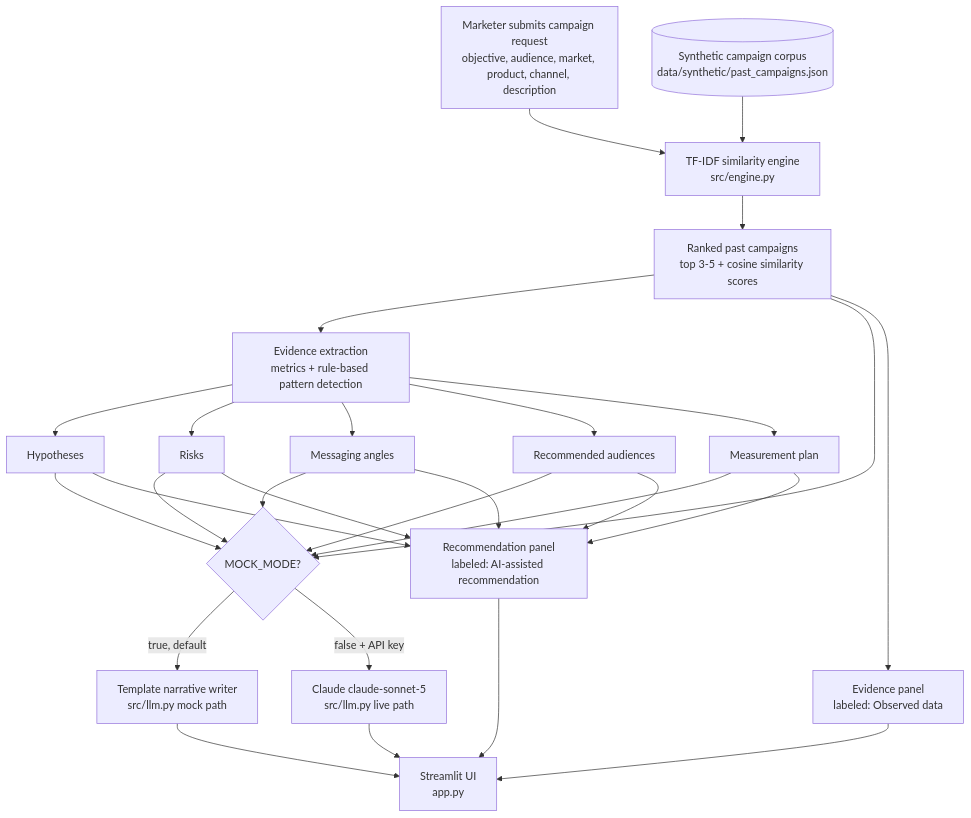
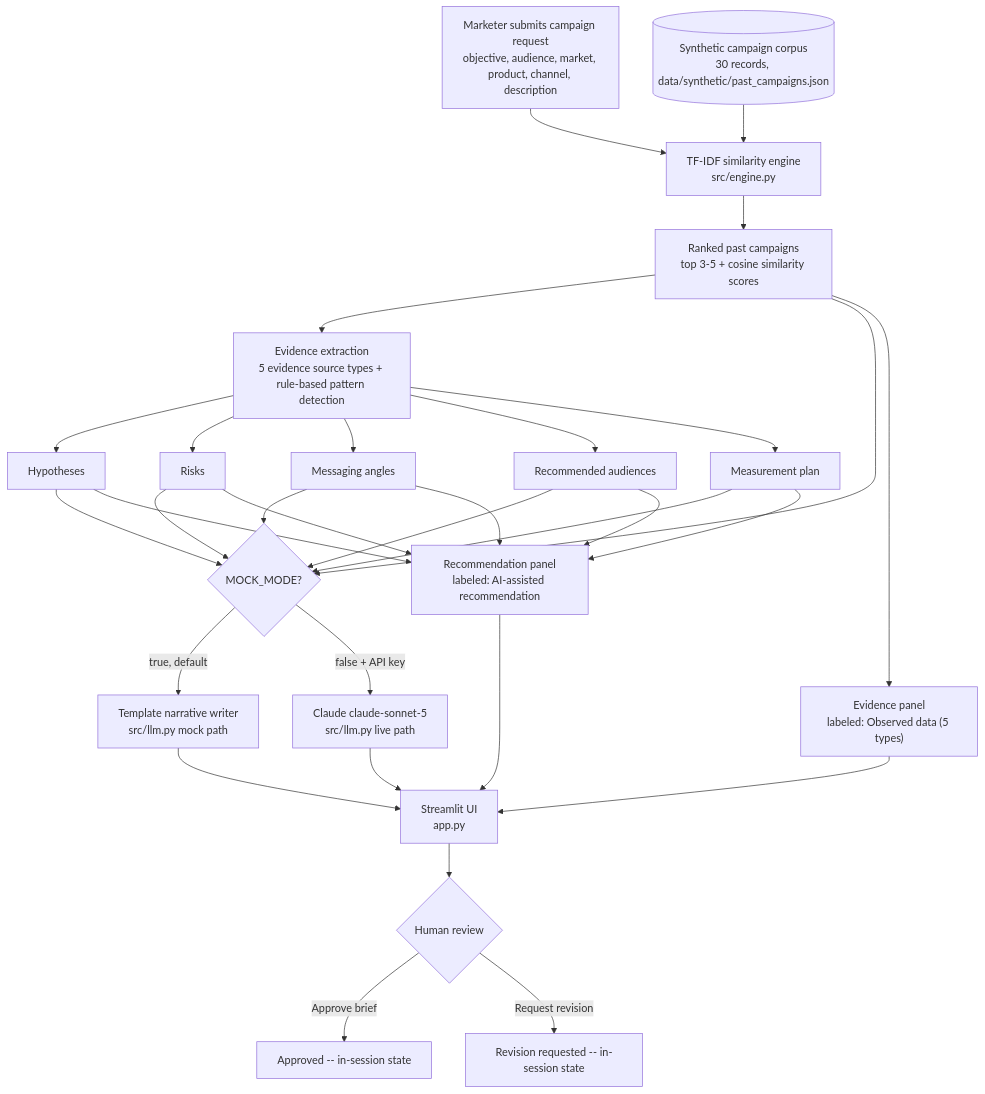
One commit to theashleygross/campaign-intelligence-agent changed the diagram in README.md. Above: the diagram before and after it, drawn with Mermaid. The commit also changed other lines of this file and 12 other files, not shown here.

````diff
--- a/README.md
+++ b/README.md
@@ -38,30 +57,33 @@
 ```mermaid
 flowchart TD
     A[Marketer submits campaign request\nobjective, audience, market, product, channel, description] --> B[TF-IDF similarity engine\nsrc/engine.py]
-    C[(Synthetic campaign corpus\ndata/synthetic/past_campaigns.json)] --> B
+    C[(Synthetic campaign corpus\n30 records, data/synthetic/past_campaigns.json)] --> B
     B --> D[Ranked past campaigns\ntop 3-5 + cosine similarity scores]
-    D --> E[Evidence extraction\nmetrics + rule-based pattern detection]
+    D --> E[Evidence extraction\n5 evidence source types + rule-based pattern detection]
     E --> F[Hypotheses]
     E --> G[Risks]
     E --> H[Messaging angles]
     E --> I[Recommended audiences]
     E --> J[Measurement plan]
     F --> K{MOCK_MODE?}
     G --> K
     H --> K
     I --> K
     J --> K
     D --> K
     K -->|true, default| L[Template narrative writer\nsrc/llm.py mock path]
     K -->|false + API key| M[Claude claude-sonnet-5\nsrc/llm.py live path]
     L --> N[Streamlit UI\napp.py]
     M --> N
-    D --> O[Evidence panel\nlabeled: Observed data]
+    D --> O["Evidence panel\nlabeled: Observed data (5 types)"]
     F --> P[Recommendation panel\nlabeled: AI-assisted recommendation]
     G --> P
     H --> P
     I --> P
     J --> P
     O --> N
     P --> N
+    N --> Q{Human review}
+    Q -->|Approve brief| R[Approved -- in-session state]
+    Q -->|Request revision| S[Revision requested -- in-session state]
 ```
````
